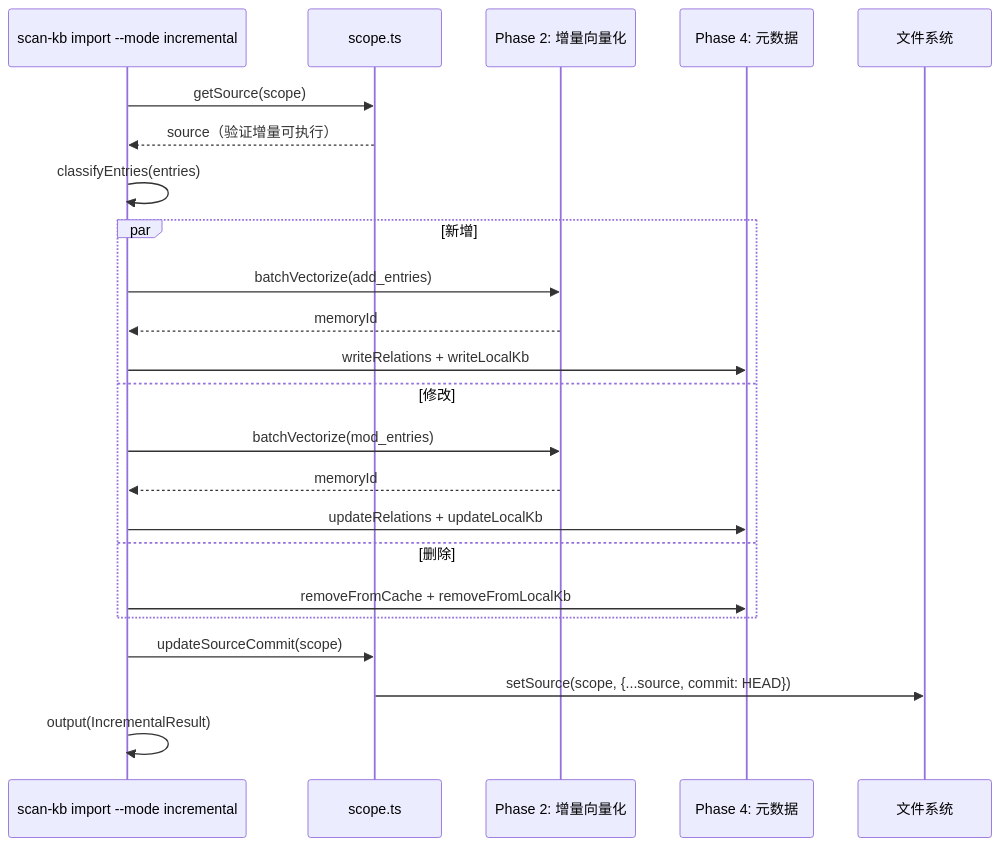
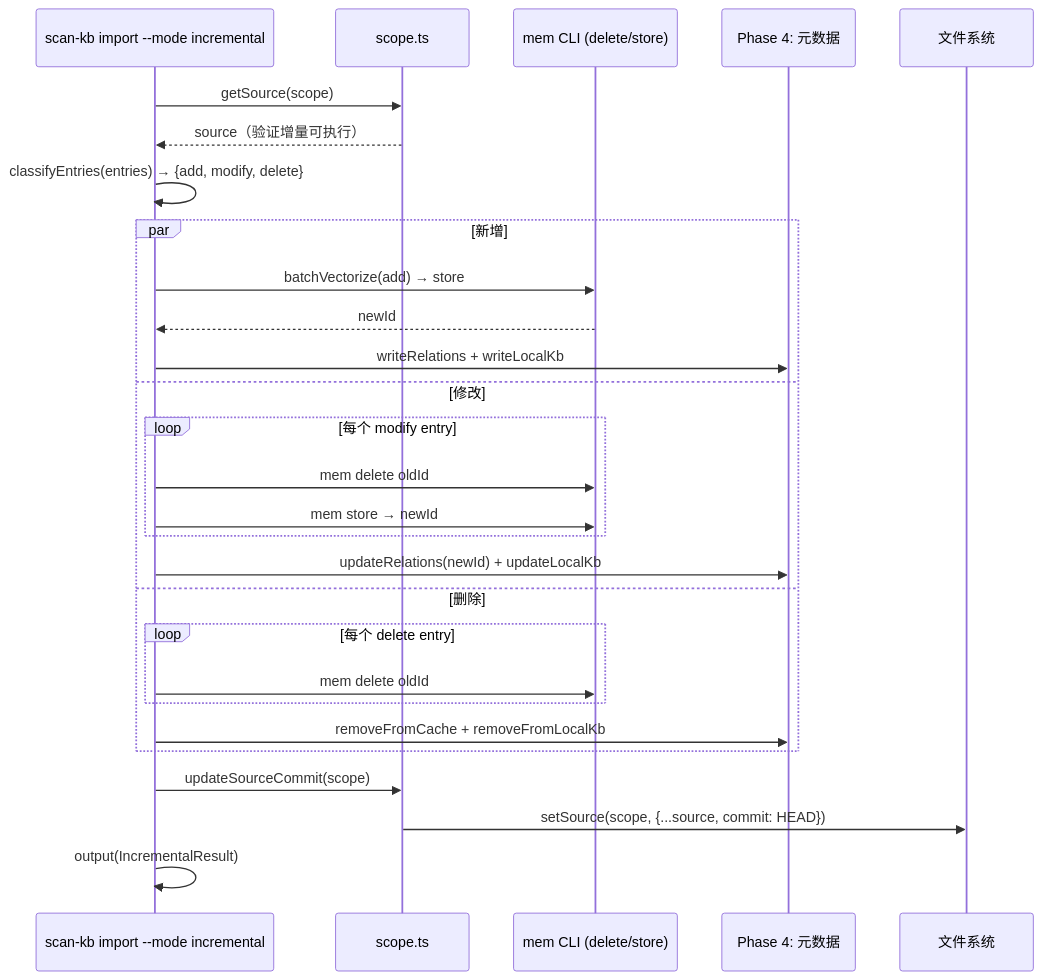
The second of 2 diagrams in docs/knowledge-index/scan-kb_S06_incremental-import_DESIGN.md (HACK-WU/memory-lancedb-mcp), drawn with Mermaid before and after one commit. The commit also changed other lines of this file and 24 other files, not shown here.

First line of the commit message:
feat(knowledge-index): implement S-01~S-06 unified import & incremental flow

````diff
--- a/docs/knowledge-index/scan-kb_S06_incremental-import_DESIGN.md
+++ b/docs/knowledge-index/scan-kb_S06_incremental-import_DESIGN.md
@@ -200,29 +204,34 @@
 ```mermaid
 sequenceDiagram
     participant CLI as scan-kb import --mode incremental
     participant S01 as scope.ts
-    participant P2 as Phase 2: 增量向量化
+    participant Mem as mem CLI (delete/store)
     participant P4 as Phase 4: 元数据
     participant FS as 文件系统
 
     CLI->>S01: getSource(scope)
     S01-->>CLI: source（验证增量可执行）
 
-    CLI->>CLI: classifyEntries(entries)
+    CLI->>CLI: classifyEntries(entries) → {add, modify, delete}
 
     par 新增
-        CLI->>P2: batchVectorize(add_entries)
-        P2-->>CLI: memoryId
+        CLI->>Mem: batchVectorize(add) → store
+        Mem-->>CLI: newId
         CLI->>P4: writeRelations + writeLocalKb
     and 修改
-        CLI->>P2: batchVectorize(mod_entries)
-        P2-->>CLI: memoryId
-        CLI->>P4: updateRelations + updateLocalKb
+        loop 每个 modify entry
+            CLI->>Mem: mem delete oldId
+            CLI->>Mem: mem store → newId
+        end
+        CLI->>P4: updateRelations(newId) + updateLocalKb
     and 删除
+        loop 每个 delete entry
+            CLI->>Mem: mem delete oldId
+        end
         CLI->>P4: removeFromCache + removeFromLocalKb
     end
 
     CLI->>S01: updateSourceCommit(scope)
     S01->>FS: setSource(scope, {...source, commit: HEAD})
     CLI->>CLI: output(IncrementalResult)
 ```
````
